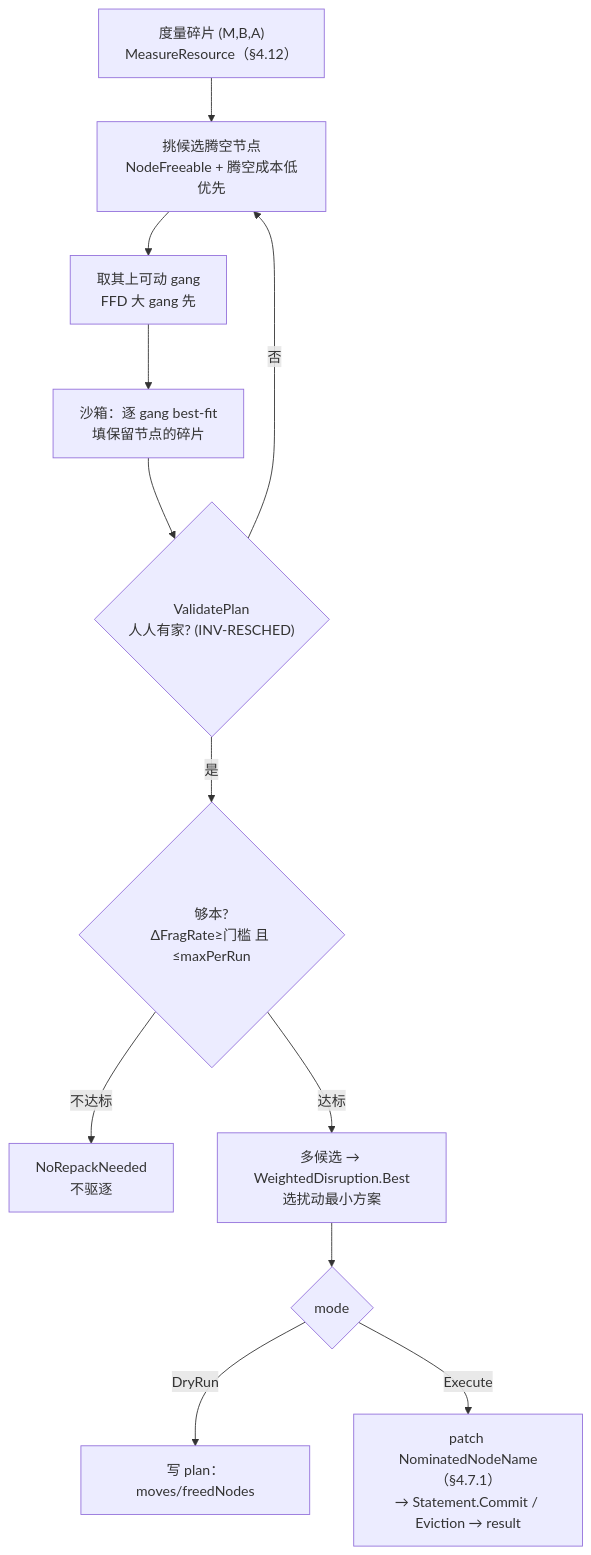
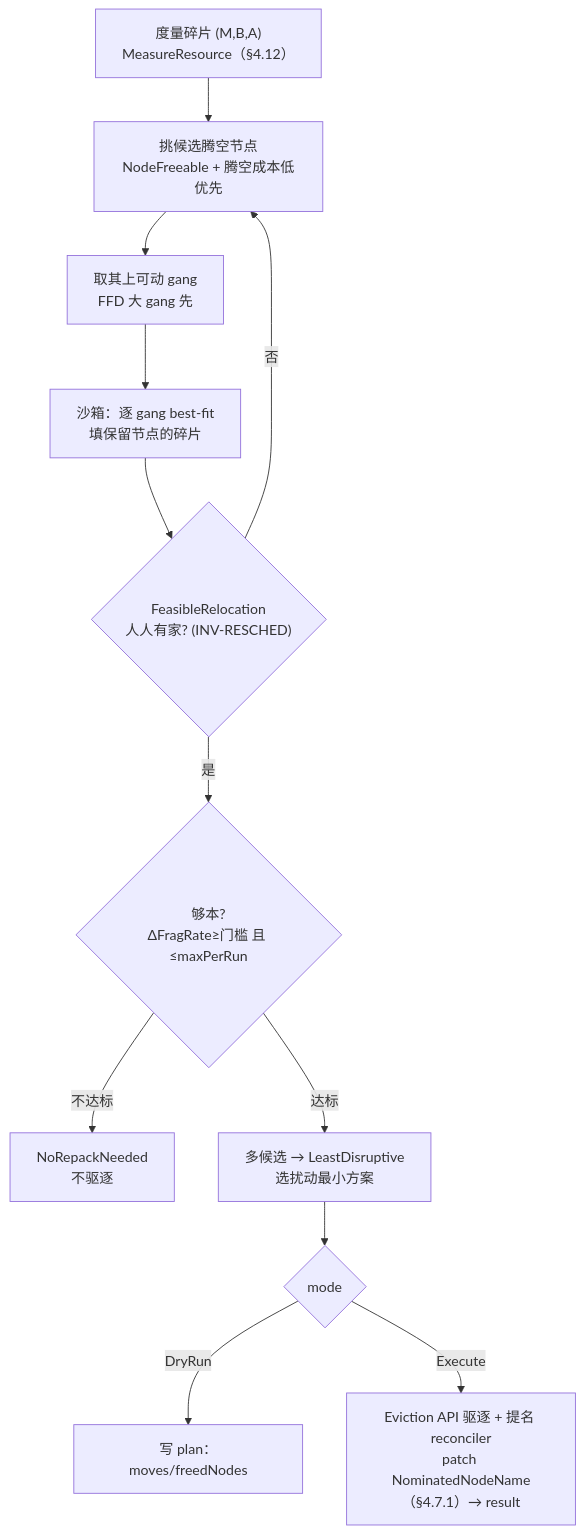
One commit to wangyang0616/volcano changed the sixth of 21 diagrams in docs/design/repack-policy-design.md. Above: the diagram before and after it, drawn with Mermaid. The commit also changed other lines of this file and 16 other files, not shown here.

````diff
--- a/docs/design/repack-policy-design.md
+++ b/docs/design/repack-policy-design.md
@@ -1587,14 +1588,14 @@
 ```mermaid
 flowchart TB
     A["度量碎片 (M,B,A)<br/>MeasureResource（§4.12）"] --> B["挑候选腾空节点<br/>NodeFreeable + 腾空成本低优先"]
     B --> C["取其上可动 gang<br/>FFD 大 gang 先"]
     C --> D["沙箱：逐 gang best-fit<br/>填保留节点的碎片"]
-    D --> E{"ValidatePlan<br/>人人有家? (INV-RESCHED)"}
+    D --> E{"FeasibleRelocation<br/>人人有家? (INV-RESCHED)"}
     E -->|否| B
     E -->|是| F{"够本?<br/>ΔFragRate≥门槛 且 ≤maxPerRun"}
     F -->|不达标| X["NoRepackNeeded<br/>不驱逐"]
-    F -->|达标| G["多候选 → WeightedDisruption.Best<br/>选扰动最小方案"]
+    F -->|达标| G["多候选 → LeastDisruptive<br/>选扰动最小方案"]
     G --> H{mode}
     H -->|DryRun| R1["写 plan：moves/freedNodes"]
-    H -->|Execute| R2["patch NominatedNodeName（§4.7.1）<br/>→ Statement.Commit / Eviction → result"]
+    H -->|Execute| R2["Eviction API 驱逐 + 提名 reconciler<br/>patch NominatedNodeName（§4.7.1）→ result"]
 ```
````
